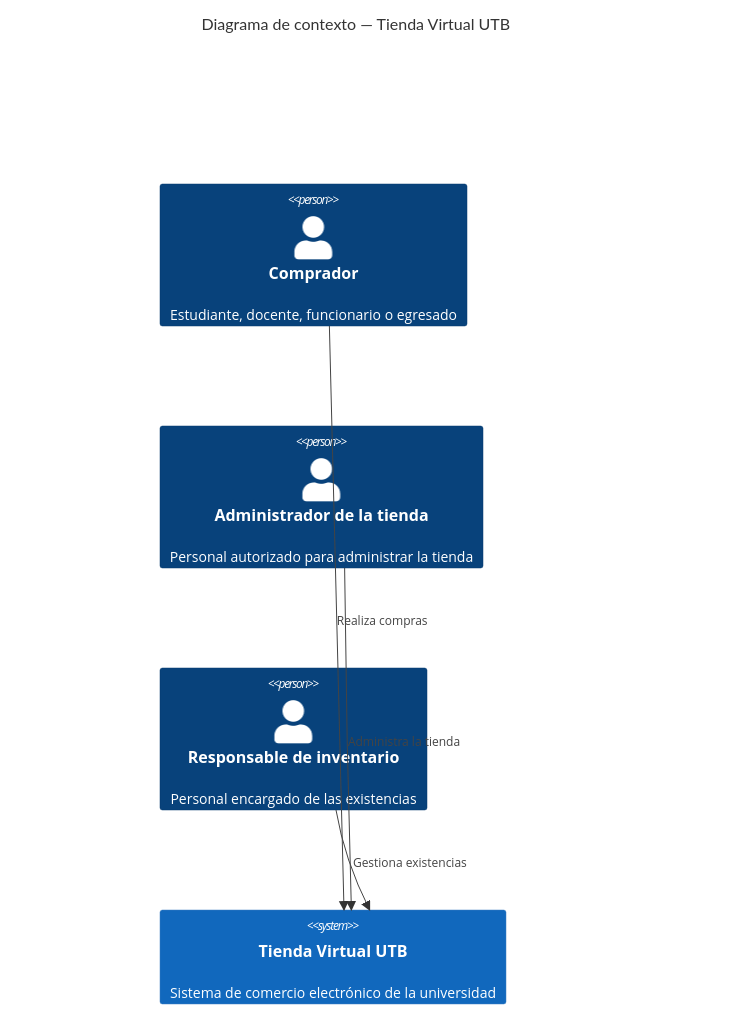
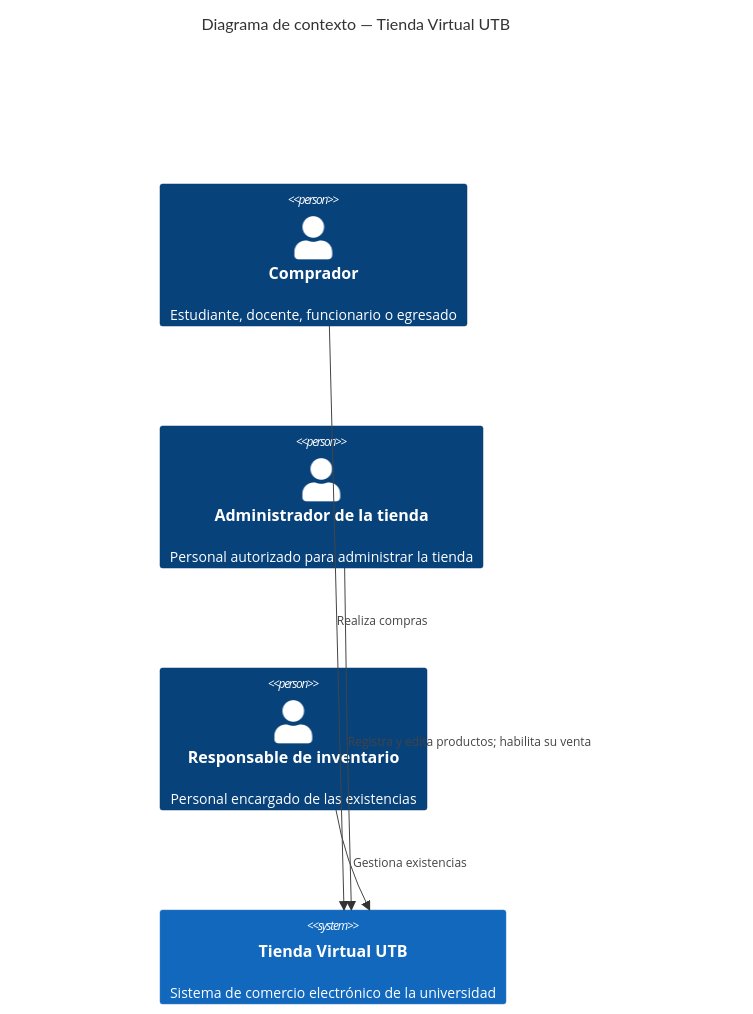
The diagram in docs/c4/context.md (ISCOUTB/AS_202620_TIENDA-VIRTUAL-UTB), drawn with Mermaid before and after one commit. The commit also changed other lines of this file and 9 other files, not shown here.

Commit message:
Evidencia S7, termino de documentacion, actualizacion de diagramas, correccion de errores

````diff
--- a/docs/c4/context.md
+++ b/docs/c4/context.md
@@ -11,18 +11,18 @@
 ```mermaid
 C4Context
     title Diagrama de contexto — Tienda Virtual UTB
 
     UpdateLayoutConfig($c4ShapeInRow="3", $c4BoundaryInRow="1")
 
     Person(comprador, "Comprador", "Estudiante, docente, funcionario o egresado")
     Person(admin, "Administrador de la tienda", "Personal autorizado para administrar la tienda")
     Person(inventario, "Responsable de inventario", "Personal encargado de las existencias")
 
     System(espacio_izquierdo, "", "")
     UpdateElementStyle(espacio_izquierdo, $bgColor="transparent", $fontColor="transparent", $borderColor="transparent")
     System(sistema, "Tienda Virtual UTB", "Sistema de comercio electrónico de la universidad")
 
     Rel_D(comprador, sistema, "Realiza compras")
-    Rel_D(admin, sistema, "Administra la tienda")
+    Rel_D(admin, sistema, "Registra y edita productos; habilita su venta")
     Rel_D(inventario, sistema, "Gestiona existencias")
 ```
````
